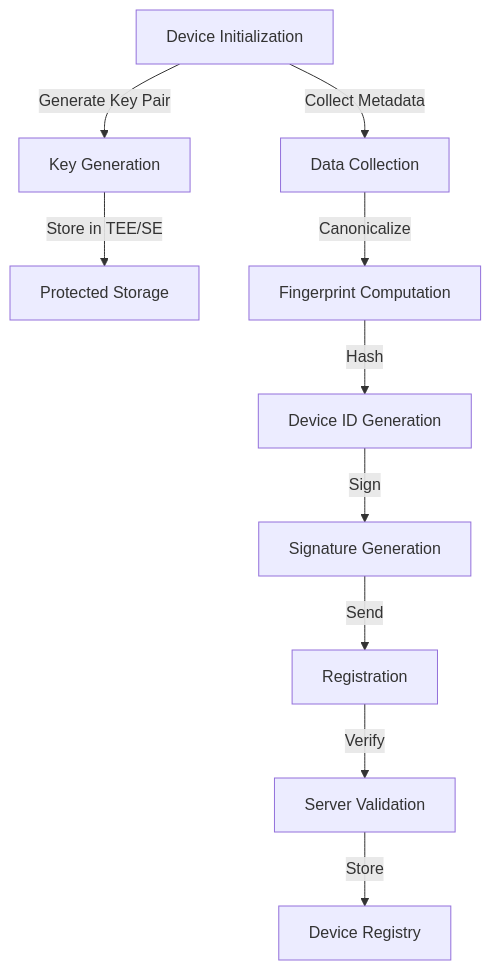
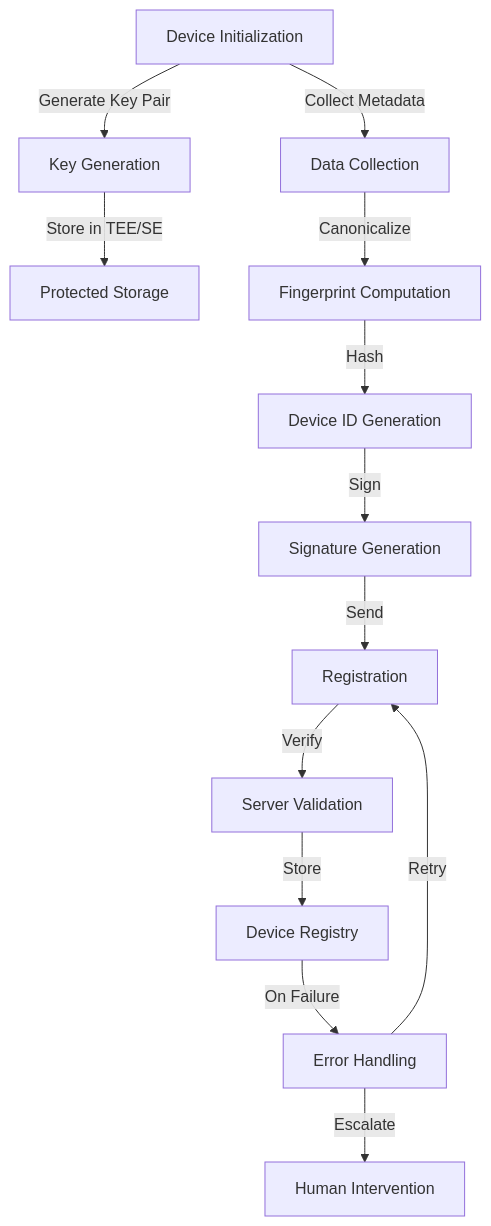
One commit to AWEverse/awe-web changed the first of 2 diagrams in src/lib/core/public/cryptography/public/DIDP/Readme.md. Above: the diagram before and after it, drawn with Mermaid. The commit also changed other lines of this file and 15 other files, not shown here.

````diff
--- a/src/lib/core/public/cryptography/public/DIDP/Readme.md
+++ b/src/lib/core/public/cryptography/public/DIDP/Readme.md
@@ -56,12 +59,15 @@
 ```mermaid
 graph TD
     A[Device Initialization] -->|Generate Key Pair| B[Key Generation]
     B -->|Store in TEE/SE| C[Protected Storage]
     A -->|Collect Metadata| D[Data Collection]
     D -->|Canonicalize| E[Fingerprint Computation]
     E -->|Hash| F[Device ID Generation]
     F -->|Sign| G[Signature Generation]
     G -->|Send| H[Registration]
     H -->|Verify| I[Server Validation]
     I -->|Store| J[Device Registry]
+    J -->|On Failure| K[Error Handling]
+    K -->|Retry| H
+    K -->|Escalate| L[Human Intervention]
 ```
````
